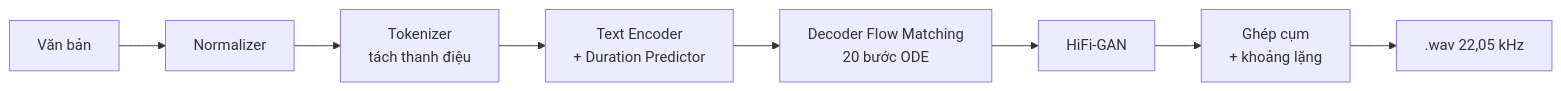
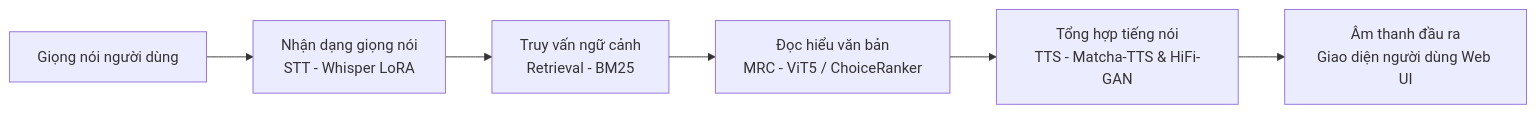
The first of 2 diagrams in text-to-speech_Duy/docs/tts.md (ngohuy04022000/vimmrc-qa-voice), drawn with Mermaid before and after one commit. The commit also changed other lines of this file and 10 other files, not shown here.

````diff
--- a/text-to-speech_Duy/docs/tts.md
+++ b/text-to-speech_Duy/docs/tts.md
@@ -8,5 +9,8 @@
 ```mermaid
 flowchart LR
-    A[Văn bản] --> B[Normalizer] --> C[Tokenizer<br/>tách thanh điệu] --> D[Text Encoder<br/>+ Duration Predictor]
-    D --> E[Decoder Flow Matching<br/>20 bước ODE] --> F[HiFi-GAN] --> G[Ghép cụm<br/>+ khoảng lặng] --> H[.wav 22,05 kHz]
+    A[Giọng nói người dùng] --> B[Nhận dạng giọng nói<br/>STT - Whisper LoRA]
+    B --> C[Truy vấn ngữ cảnh<br/>Retrieval - BM25]
+    C --> D[Đọc hiểu văn bản<br/>MRC - ViT5 / ChoiceRanker]
+    D --> E[Tổng hợp tiếng nói<br/>TTS - Matcha-TTS & HiFi-GAN]
+    E --> F[Âm thanh đầu ra<br/>Giao diện người dùng Web UI]
 ```
````
